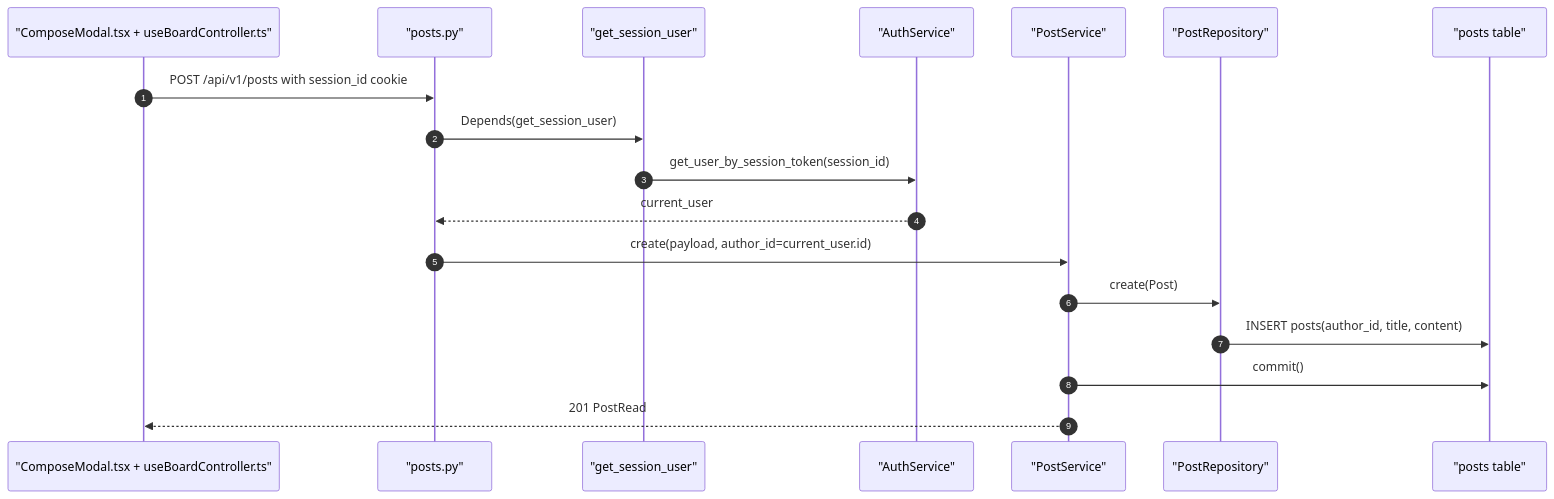
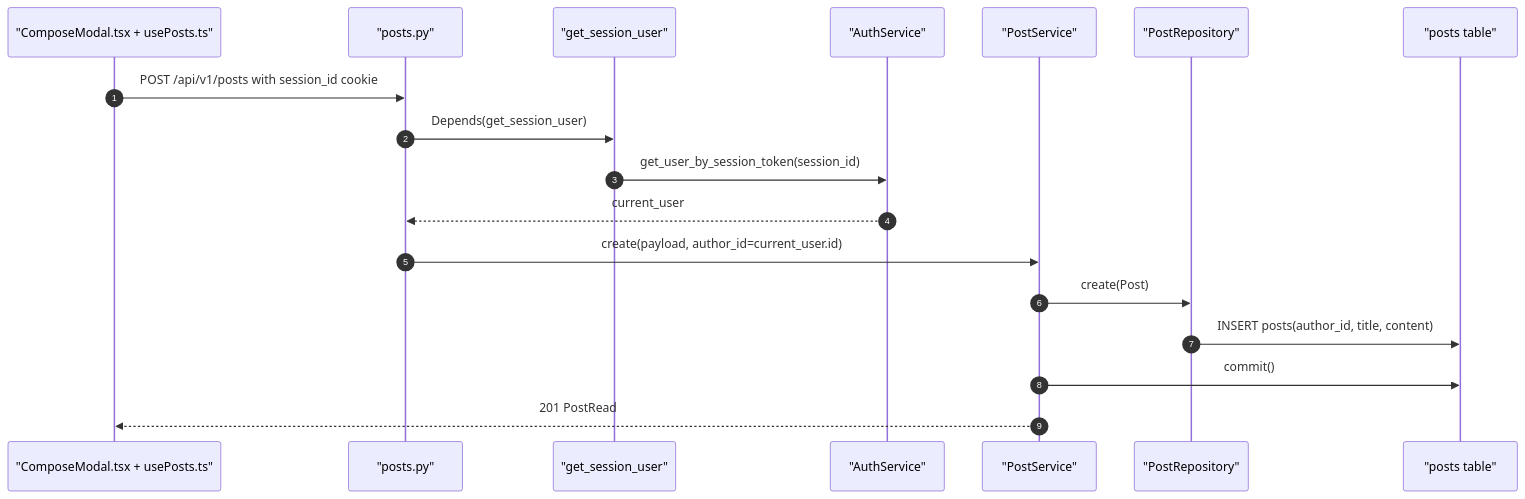
The seventh of 10 diagrams in docs2/sprint-2/implementation-record.md (JUNGLE-TEAM1/W16_team_sprint), drawn with Mermaid before and after one commit. The commit also changed other lines of this file and 7 other files, not shown here.

````diff
--- a/docs2/sprint-2/implementation-record.md
+++ b/docs2/sprint-2/implementation-record.md
@@ -421,21 +458,21 @@
 ```mermaid
 sequenceDiagram
     autonumber
-    participant UI as "ComposeModal.tsx + useBoardController.ts"
+    participant UI as "ComposeModal.tsx + usePosts.ts"
     participant PostsAPI as "posts.py"
     participant AuthDep as "get_session_user"
     participant AuthService as "AuthService"
     participant PostService as "PostService"
     participant PostRepo as "PostRepository"
     participant DB as "posts table"
 
     UI->>PostsAPI: POST /api/v1/posts with session_id cookie
     PostsAPI->>AuthDep: Depends(get_session_user)
     AuthDep->>AuthService: get_user_by_session_token(session_id)
     AuthService-->>PostsAPI: current_user
     PostsAPI->>PostService: create(payload, author_id=current_user.id)
     PostService->>PostRepo: create(Post)
     PostRepo->>DB: INSERT posts(author_id, title, content)
     PostService->>DB: commit()
     PostService-->>UI: 201 PostRead
 ```
````
